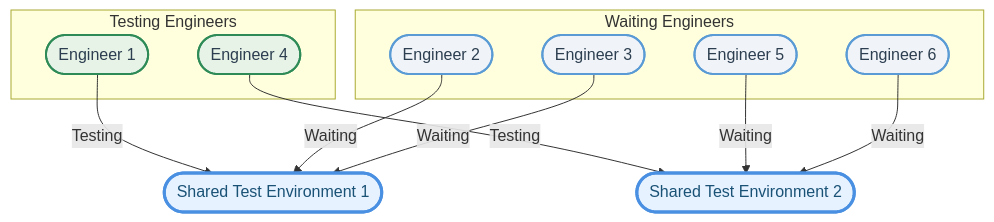
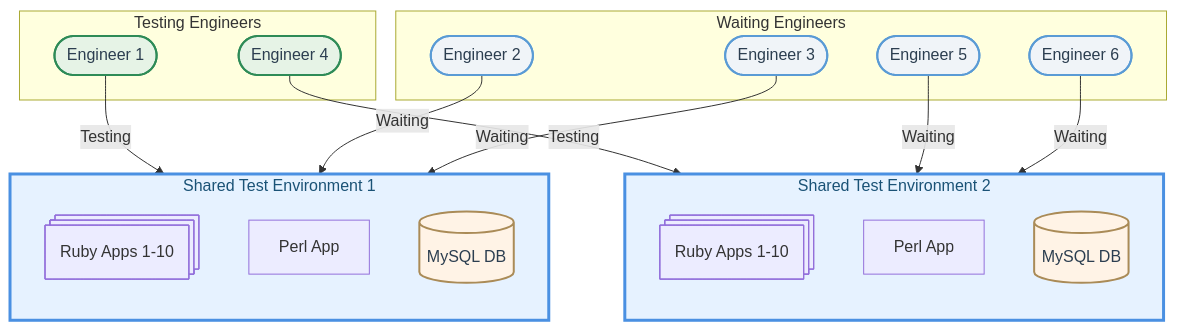
The first of 5 diagrams in _posts/2024-11-19-evolution-of-a-sandbox-platform.md (chazsconi/chazsconi.github.io), drawn with Mermaid before and after one commit. The commit also changed other lines of this file, not shown here.

Commit message:
Diagram updates and added Version 5

```diff
--- a/_posts/2024-11-19-evolution-of-a-sandbox-platform.md
+++ b/_posts/2024-11-19-evolution-of-a-sandbox-platform.md
@@ -54,32 +49,49 @@
 <div class="mermaid">
 flowchart TD
     classDef waitingState fill:#F0F4F8,stroke:#5A9BD5,stroke-width:2px,color:#2C3E50,border-radius:10px;
     classDef testingState fill:#E6F3E6,stroke:#2E8B57,stroke-width:2px,color:#2C3E50,border-radius:10px;
     classDef testEnv fill:#E6F2FF,stroke:#4A90E2,stroke-width:3px,color:#1A5276,border-radius:10px;
+    classDef database fill:#FFF3E6,stroke:#AA8B57,stroke-width:2px,color:#2C3E50,border-radius:10px;
 
     subgraph "Waiting Engineers"
         E2([Engineer 2])
         E3([Engineer 3])
         E5([Engineer 5])
         E6([Engineer 6])
     end
 
-    TE1([Shared Test Environment 1])
-    TE2([Shared Test Environment 2])
+    subgraph TE1[Shared Test Environment 1]
+        direction TB
+        R1@{ shape: procs, label: "Ruby Apps 1-10"}
+        P[Perl App]
+        DB1[(MySQL DB)]
+    end
+
+    subgraph TE2[Shared Test Environment 2]
+        direction TB
+        R2@{ shape: procs, label: "Ruby Apps 1-10"}
+        P2[Perl App]
+        DB2[(MySQL DB)]
+    end
 
     subgraph "Testing Engineers"
         E1([Engineer 1])
         E4([Engineer 4])
     end
 
     E1 --> |Testing| TE1
     E2 --> |Waiting| TE1
     E3 --> |Waiting| TE1
     E4 --> |Testing| TE2
     E5 --> |Waiting| TE2
     E6 --> |Waiting| TE2
 
+    class R1,R2,P1,P2 app;
+    class DB1,DB2 database;
+    class E1,E2 engineer;
+    class SMS management;
+
     class E2,E3,E5,E6 waitingState;
     class E1,E4 testingState;
     class TE1,TE2 testEnv;
 </div>
```
